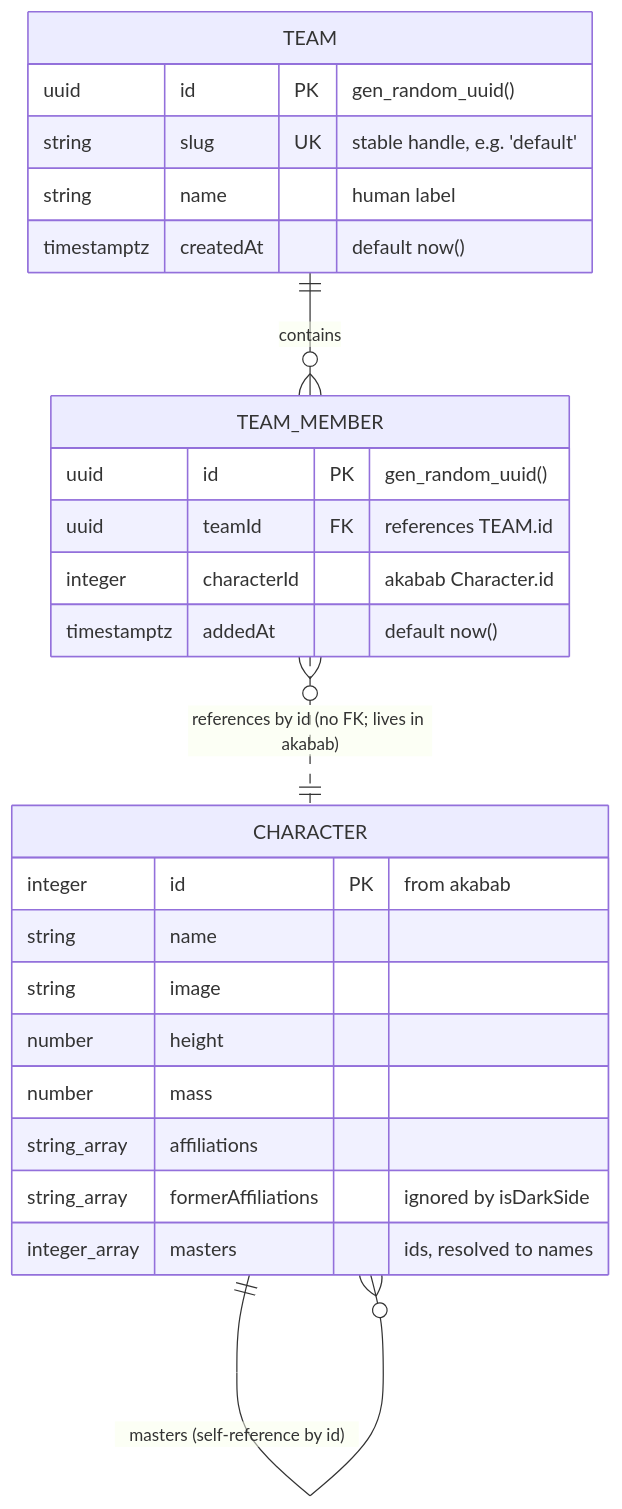
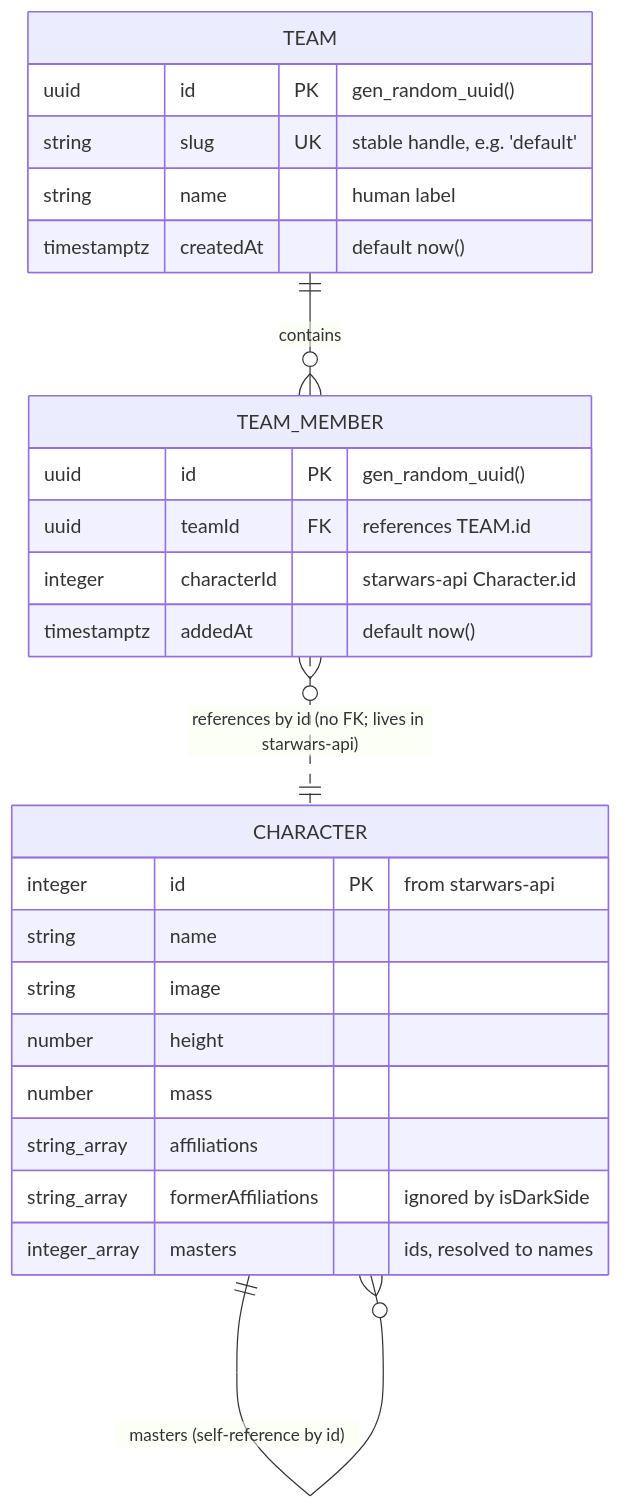
The diagram in plans/data-model.md (stijnvanhulle/starwars), drawn with Mermaid before and after one commit. The commit also changed other lines of this file and 14 other files, not shown here.

````diff
--- a/plans/data-model.md
+++ b/plans/data-model.md
@@ -5,28 +5,28 @@
 ```mermaid
 erDiagram
   TEAM {
     uuid id PK "gen_random_uuid()"
     string slug UK "stable handle, e.g. 'default'"
     string name "human label"
     timestamptz createdAt "default now()"
   }
   TEAM_MEMBER {
     uuid id PK "gen_random_uuid()"
     uuid teamId FK "references TEAM.id"
-    integer characterId "akabab Character.id"
+    integer characterId "starwars-api Character.id"
     timestamptz addedAt "default now()"
   }
   CHARACTER {
-    integer id PK "from akabab"
+    integer id PK "from starwars-api"
     string name
     string image
     number height
     number mass
     string_array affiliations
     string_array formerAffiliations "ignored by isDarkSide"
     integer_array masters "ids, resolved to names"
   }
   TEAM ||--o{ TEAM_MEMBER : "contains"
-  TEAM_MEMBER }o..|| CHARACTER : "references by id (no FK; lives in akabab)"
+  TEAM_MEMBER }o..|| CHARACTER : "references by id (no FK; lives in starwars-api)"
   CHARACTER ||--o{ CHARACTER : "masters (self-reference by id)"
 ```
````
